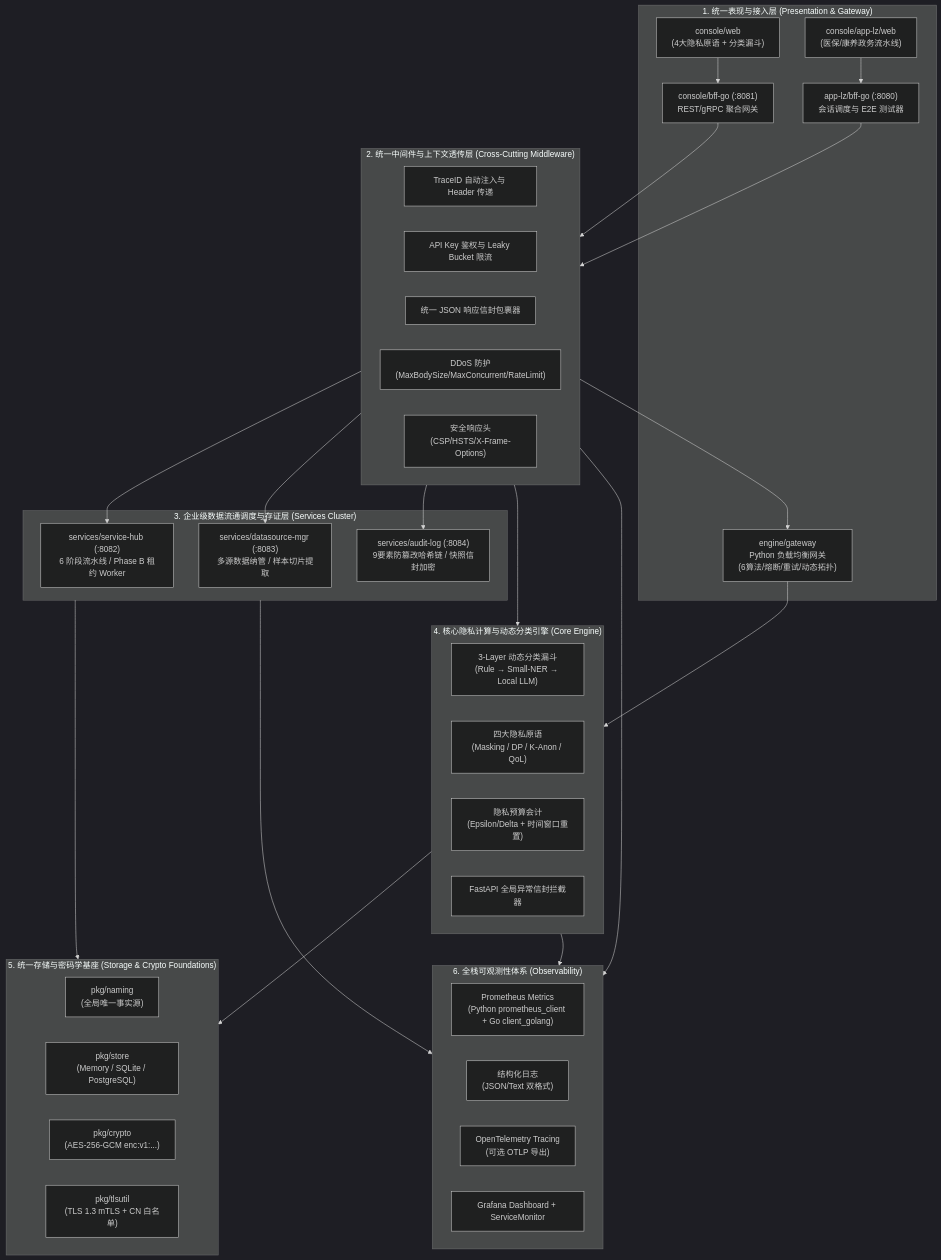
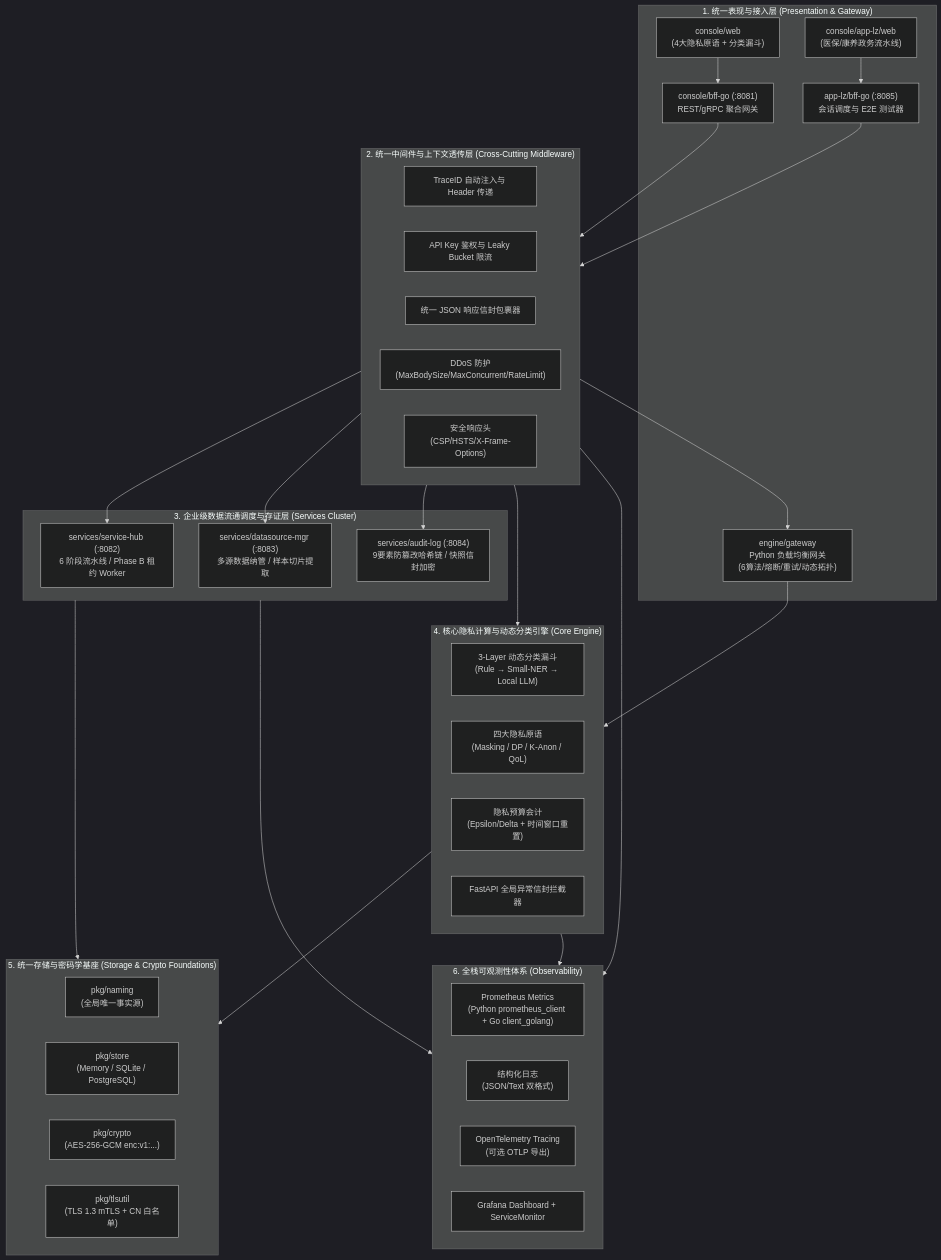
One commit to fengzhizi319/PrivShield changed the diagram in docs/archive/unified_design.md. Above: the diagram before and after it, drawn with Mermaid (dark theme). The commit also changed other lines of this file and 4 other files, not shown here.

````diff
--- a/docs/archive/unified_design.md
+++ b/docs/archive/unified_design.md
@@ -48,57 +49,57 @@
 ```mermaid
 flowchart TD
     subgraph LayerPresentation ["1. 统一表现与接入层 (Presentation & Gateway)"]
         WebFull["console/web<br/>(4大隐私原语 + 分类漏斗)"]
         WebAppLZ["console/app-lz/web<br/>(医保/康养政务流水线)"]
         BFFGo["console/bff-go (:8081)<br/>REST/gRPC 聚合网关"]
-        BFFLZ["app-lz/bff-go (:8080)<br/>会话调度与 E2E 测试器"]
+        BFFLZ["app-lz/bff-go (:8085)<br/>会话调度与 E2E 测试器"]
         PyGW["engine/gateway<br/>Python 负载均衡网关<br/>(6算法/熔断/重试/动态拓扑)"]
     end
 
     subgraph LayerMiddleware ["2. 统一中间件与上下文透传层 (Cross-Cutting Middleware)"]
         TraceMW["TraceID 自动注入与 Header 传递"]
         AuthMW["API Key 鉴权与 Leaky Bucket 限流"]
         EnvelopeMW["统一 JSON 响应信封包裹器"]
         DDoSMW["DDoS 防护<br/>(MaxBodySize/MaxConcurrent/RateLimit)"]
         SecHeaders["安全响应头<br/>(CSP/HSTS/X-Frame-Options)"]
     end
 
     subgraph LayerGovernance ["3. 企业级数据流通调度与存证层 (Services Cluster)"]
         Hub["services/service-hub (:8082)<br/>6 阶段流水线 / Phase B 租约 Worker"]
         DSMgr["services/datasource-mgr (:8083)<br/>多源数据纳管 / 样本切片提取"]
         Audit["services/audit-log (:8084)<br/>9要素防篡改哈希链 / 快照信封加密"]
     end
 
     subgraph LayerCoreCompute ["4. 核心隐私计算与动态分类引擎 (Core Engine)"]
         Funnel["3-Layer 动态分类漏斗<br/>(Rule → Small-NER → Local LLM)"]
         Primitives["四大隐私原语<br/>(Masking / DP / K-Anon / QoL)"]
         Budget["隐私预算会计<br/>(Epsilon/Delta + 时间窗口重置)"]
         EngineMW["FastAPI 全局异常信封拦截器"]
     end
 
     subgraph LayerStorageSecurity ["5. 统一存储与密码学基座 (Storage & Crypto Foundations)"]
         SSOT["pkg/naming<br/>(全局唯一事实源)"]
         StoreFacade["pkg/store<br/>(Memory / SQLite / PostgreSQL)"]
         EnvelopeCrypto["pkg/crypto<br/>(AES-256-GCM enc:v1:...)"]
         mTLSAuth["pkg/tlsutil<br/>(TLS 1.3 mTLS + CN 白名单)"]
     end
 
     subgraph LayerObservability ["6. 全栈可观测性体系 (Observability)"]
         Metrics["Prometheus Metrics<br/>(Python prometheus_client + Go client_golang)"]
         StructLog["结构化日志<br/>(JSON/Text 双格式)"]
         Tracing["OpenTelemetry Tracing<br/>(可选 OTLP 导出)"]
         Grafana["Grafana Dashboard + ServiceMonitor"]
     end
 
     WebFull --> BFFGo
     WebAppLZ --> BFFLZ
     BFFGo & BFFLZ --> LayerMiddleware
     LayerMiddleware --> Hub & DSMgr & Audit & LayerCoreCompute
     LayerMiddleware --> PyGW
     PyGW --> LayerCoreCompute
     LayerGovernance --> LayerStorageSecurity
     LayerCoreCompute --> LayerStorageSecurity
     LayerCoreCompute --> LayerObservability
     LayerGovernance --> LayerObservability
     LayerMiddleware --> LayerObservability
 ```
````
